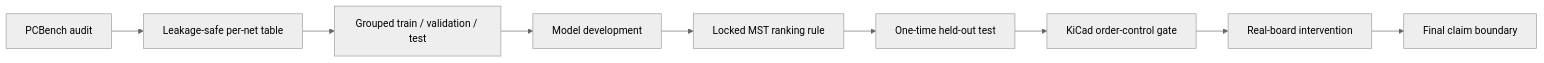
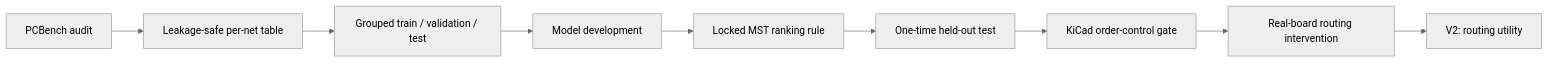
One commit to Wadee19/RouteScout changed the diagram in README.md. Above: the diagram before and after it, drawn with Mermaid (neutral theme). The commit also changed other lines of this file, not shown here.

Commit message:
docs: clarify RouteScout v1 story and routing-utility boundary

````diff
--- a/README.md
+++ b/README.md
@@ -18,11 +89,11 @@
 ```mermaid
 flowchart LR
     A[PCBench audit] --> B[Leakage-safe per-net table]
     B --> C[Grouped train / validation / test]
     C --> D[Model development]
     D --> E[Locked MST ranking rule]
     E --> F[One-time held-out test]
     F --> G[KiCad order-control gate]
-    G --> H[Real-board intervention]
-    H --> I[Final claim boundary]
+    G --> H[Real-board routing intervention]
+    H --> I[V2: routing utility]
 ```
````
